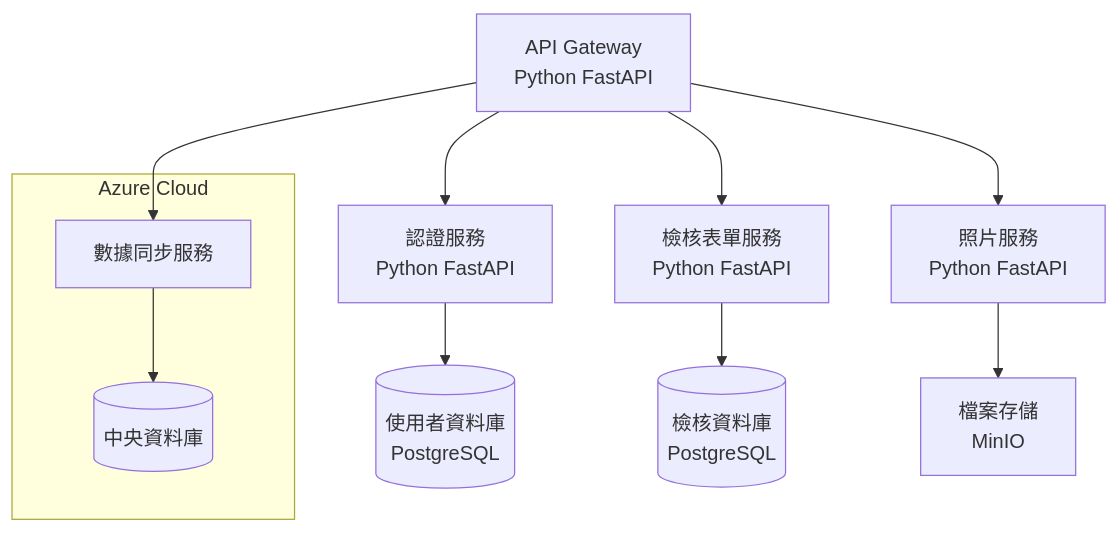
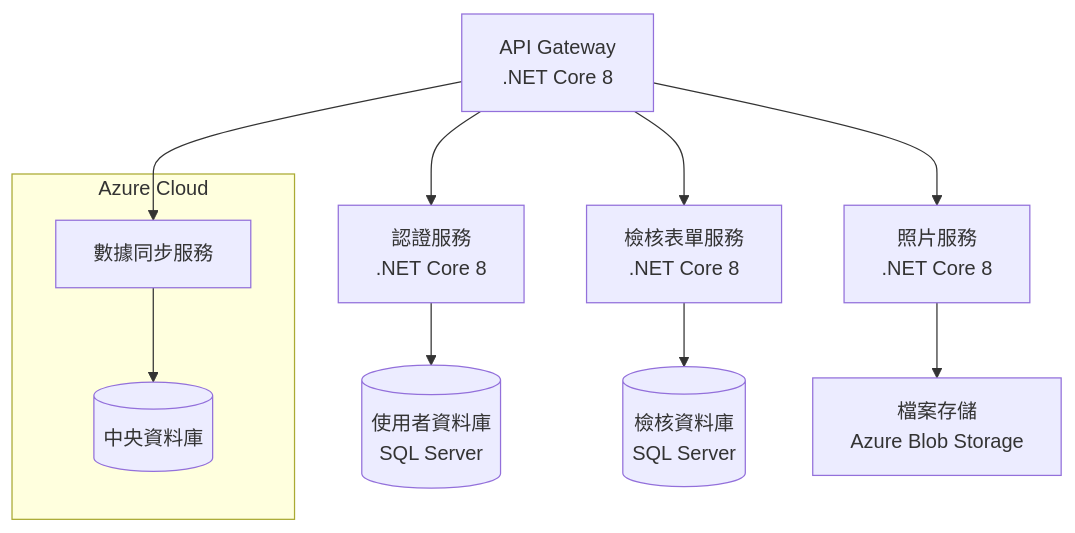
Before and after one commit to sakiman/IP68: the second of 5 diagrams in IP68_Spec.md, drawn with Mermaid. The commit also changed other lines of this file and 1 other file, not shown here.

````diff
--- a/IP68_Spec.md
+++ b/IP68_Spec.md
@@ -189,15 +195,15 @@
 ```mermaid
 graph TD
-    A[API Gateway<br/>Python FastAPI] --> B[認證服務<br/>Python FastAPI]
-    A --> C[檢核表單服務<br/>Python FastAPI]
-    A --> D[照片服務<br/>Python FastAPI]
-    B --> F[(使用者資料庫<br/>PostgreSQL)]
-    C --> G[(檢核資料庫<br/>PostgreSQL)]
-    D --> H[檔案存儲<br/>MinIO]
+    A[API Gateway<br/>.NET Core 8] --> B[認證服務<br/>.NET Core 8]
+    A --> C[檢核表單服務<br/>.NET Core 8]
+    A --> D[照片服務<br/>.NET Core 8]
+    B --> F[(使用者資料庫<br/>SQL Server)]
+    C --> G[(檢核資料庫<br/>SQL Server)]
+    D --> H[檔案存儲<br/>Azure Blob Storage]
     
     subgraph Azure Cloud
     Z[數據同步服務] --> Y[(中央資料庫)]
     end
     
     A --> Z
 ```
````
